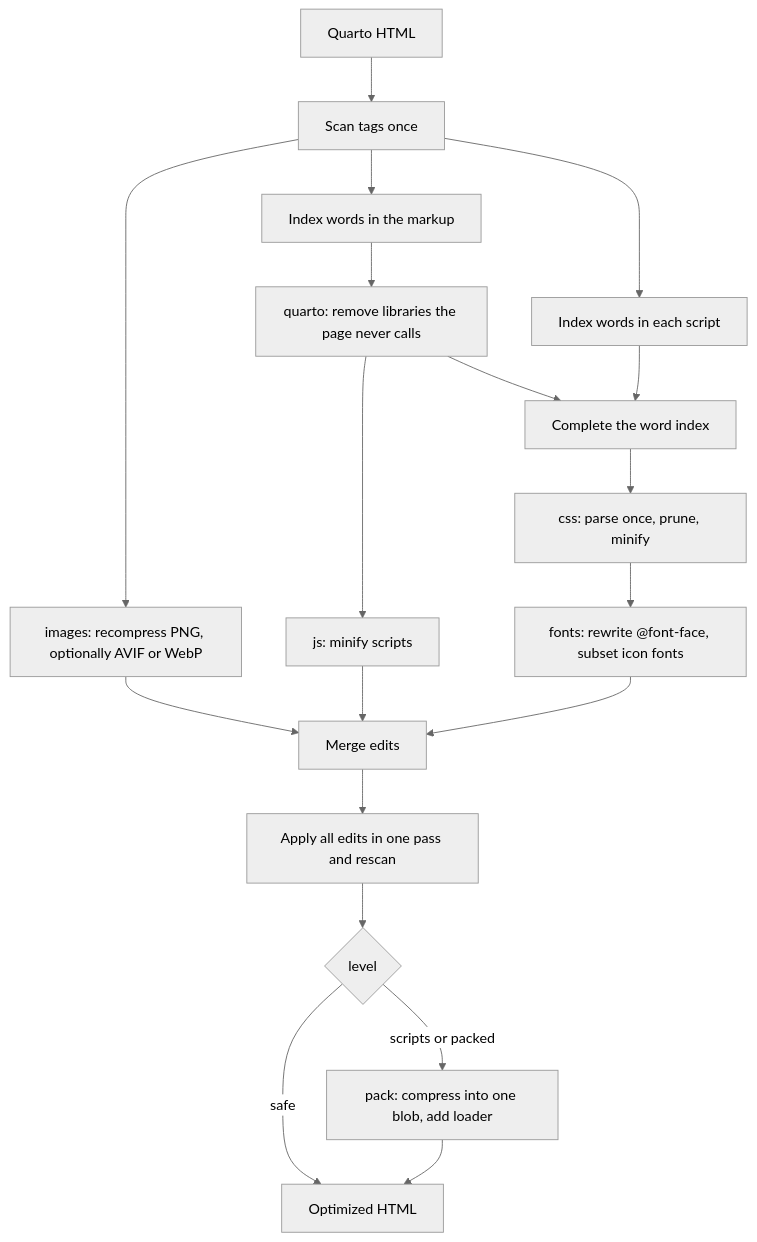
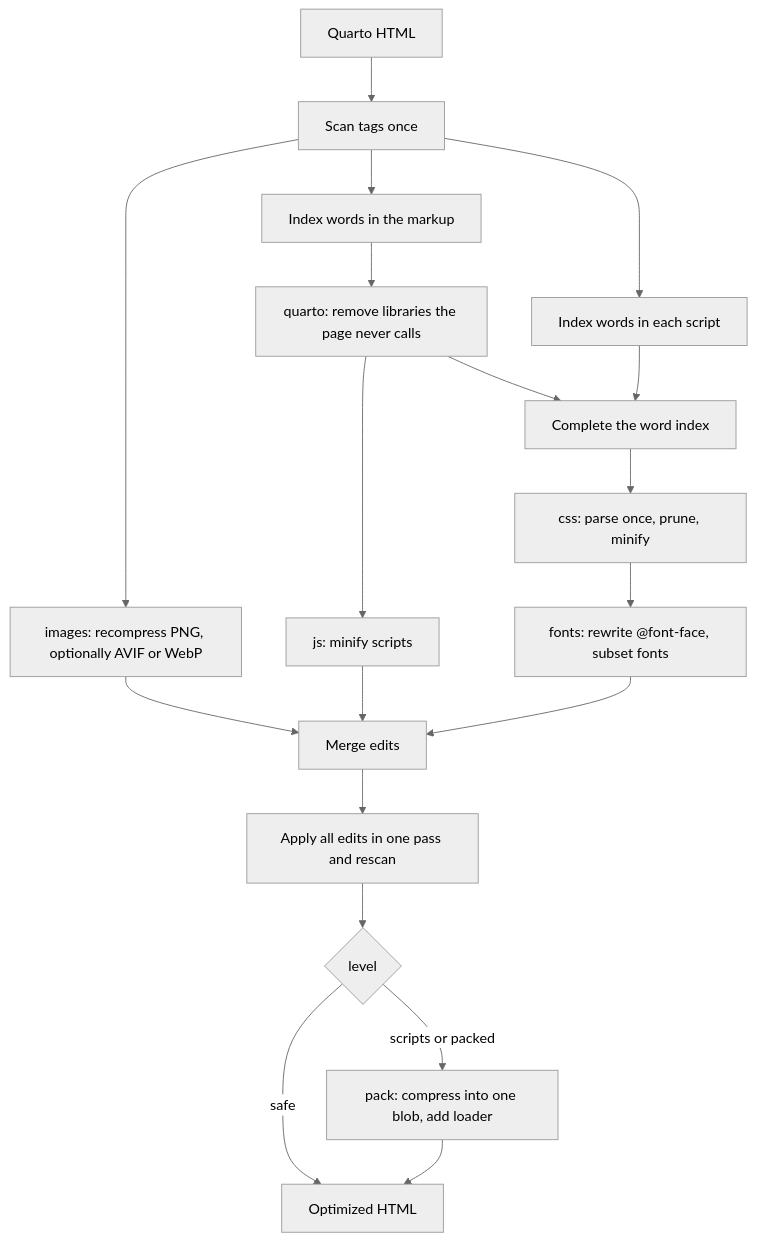
Before and after one commit to VisruthSK/octavo: the diagram in README.md, drawn with Mermaid (neutral theme). The commit also changed other lines of this file and 8 other files, not shown here.

Commit message:
Subset text fonts by default and keep hinted static fonts whole

````diff
--- a/README.md
+++ b/README.md
@@ -108,21 +108,21 @@
 ```mermaid
 flowchart TD
     A[Quarto HTML] --> B[Scan tags once]
     B --> I[images: recompress PNG, optionally AVIF or WebP]
     B --> M[Index words in the markup]
     B --> S[Index words in each script]
     M --> Q[quarto: remove libraries the page never calls]
     Q --> J[js: minify scripts]
     Q --> W[Complete the word index]
     S --> W
     W --> C[css: parse once, prune, minify]
-    C --> F[fonts: rewrite @font-face, subset icon fonts]
+    C --> F[fonts: rewrite @font-face, subset fonts]
     I --> E[Merge edits]
     J --> E
     F --> E
     E --> P[Apply all edits in one pass and rescan]
     P --> L{level}
     L -->|safe| O[Optimized HTML]
     L -->|scripts or packed| K[pack: compress into one blob, add loader]
     K --> O
 ```
````
